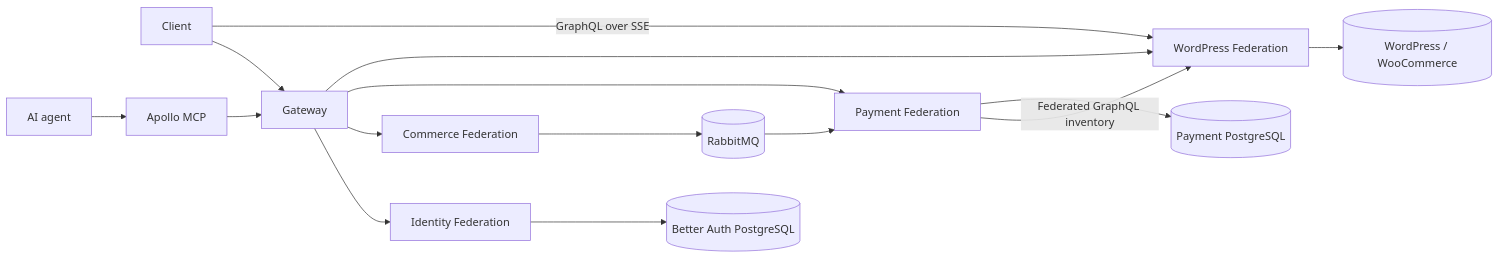
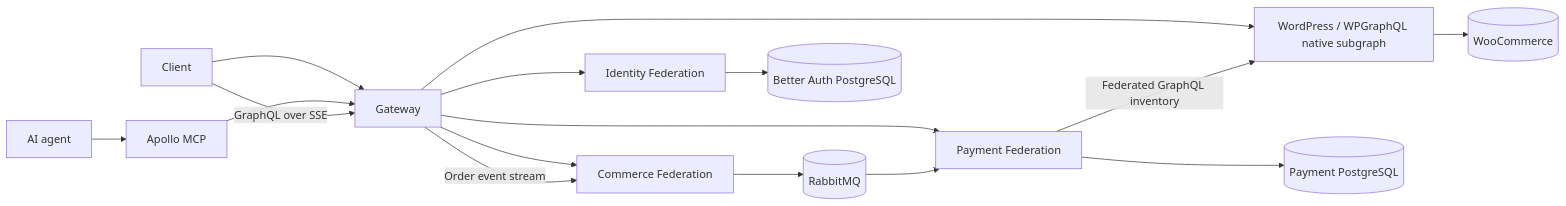
The first of 3 diagrams in README.md (kaio-fabiano/desafio-dev-backend-senior), drawn with Mermaid before and after one commit. The commit also changed other lines of this file and 8 other files, not shown here.

First line of the commit message:
docs(architecture): document the native WordPress subgraph

````diff
--- a/README.md
+++ b/README.md
@@ -13,16 +13,17 @@
 ```mermaid
 flowchart LR
   Client --> Gateway
   Agent[AI agent] --> MCP[Apollo MCP] --> Gateway
   Gateway --> Identity[Identity Federation]
   Gateway --> Commerce[Commerce Federation]
   Gateway --> Payment[Payment Federation]
-  Gateway --> WordPress[WordPress Federation]
+  Gateway --> WordPress[WordPress / WPGraphQL native subgraph]
   Commerce --> RabbitMQ[(RabbitMQ)]
   RabbitMQ --> Payment
   Payment -->|Federated GraphQL inventory| WordPress
   Identity --> BetterAuth[(Better Auth PostgreSQL)]
   Payment --> PaymentDB[(Payment PostgreSQL)]
-  WordPress --> Woo[(WordPress / WooCommerce)]
-  Client -->|GraphQL over SSE| WordPress
+  WordPress --> Woo[(WooCommerce)]
+  Client -->|GraphQL over SSE| Gateway
+  Gateway -->|Order event stream| Commerce
 ```
````
